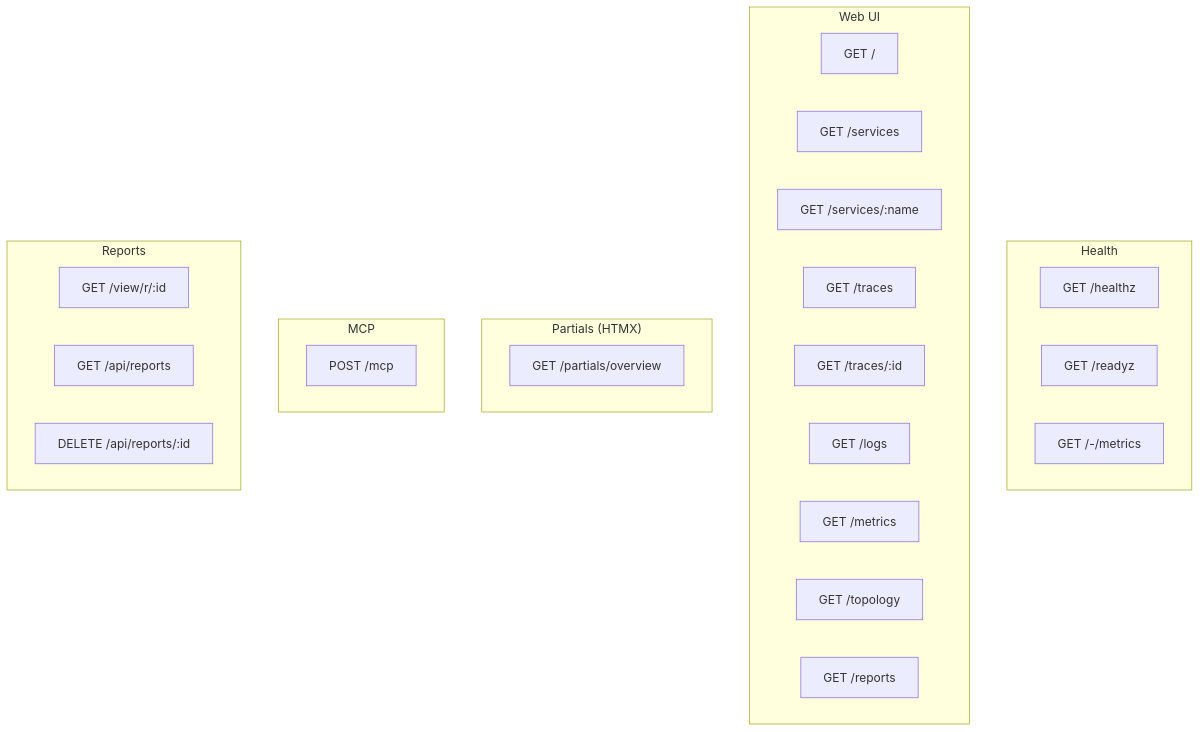
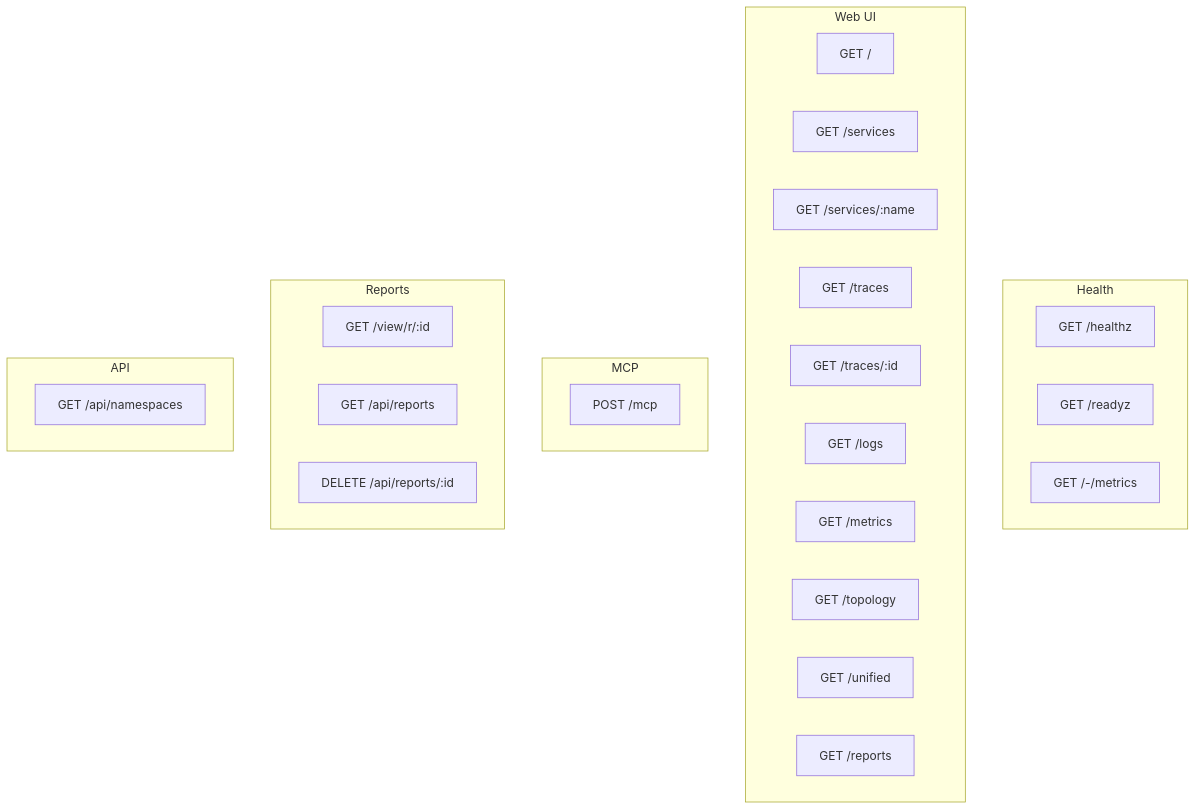
One commit to labstack/fanout changed the eighth of 10 diagrams in ARCHITECTURE.md. Above: the diagram before and after it, drawn with Mermaid. The commit also changed other lines of this file and 2 other files, not shown here.

````diff
--- a/ARCHITECTURE.md
+++ b/ARCHITECTURE.md
@@ -420,34 +421,35 @@
 ```mermaid
 graph TB
     subgraph Health
         HZ["GET /healthz"]
         RZ["GET /readyz"]
         PM["GET /-/metrics"]
     end
 
     subgraph "Web UI"
         OV["GET /"]
         SV["GET /services"]
         SD["GET /services/:name"]
         TC["GET /traces"]
         TD["GET /traces/:id"]
         LG["GET /logs"]
         MT["GET /metrics"]
         TP["GET /topology"]
+        UF["GET /unified"]
         RP["GET /reports"]
-    end
-
-    subgraph "Partials (HTMX)"
-        PO["GET /partials/overview"]
     end
 
     subgraph MCP
         MC["POST /mcp"]
     end
 
     subgraph Reports
         VW["GET /view/r/:id"]
         RL["GET /api/reports"]
         RD["DELETE /api/reports/:id"]
     end
+
+    subgraph API
+        NS["GET /api/namespaces"]
+    end
 ```
````
